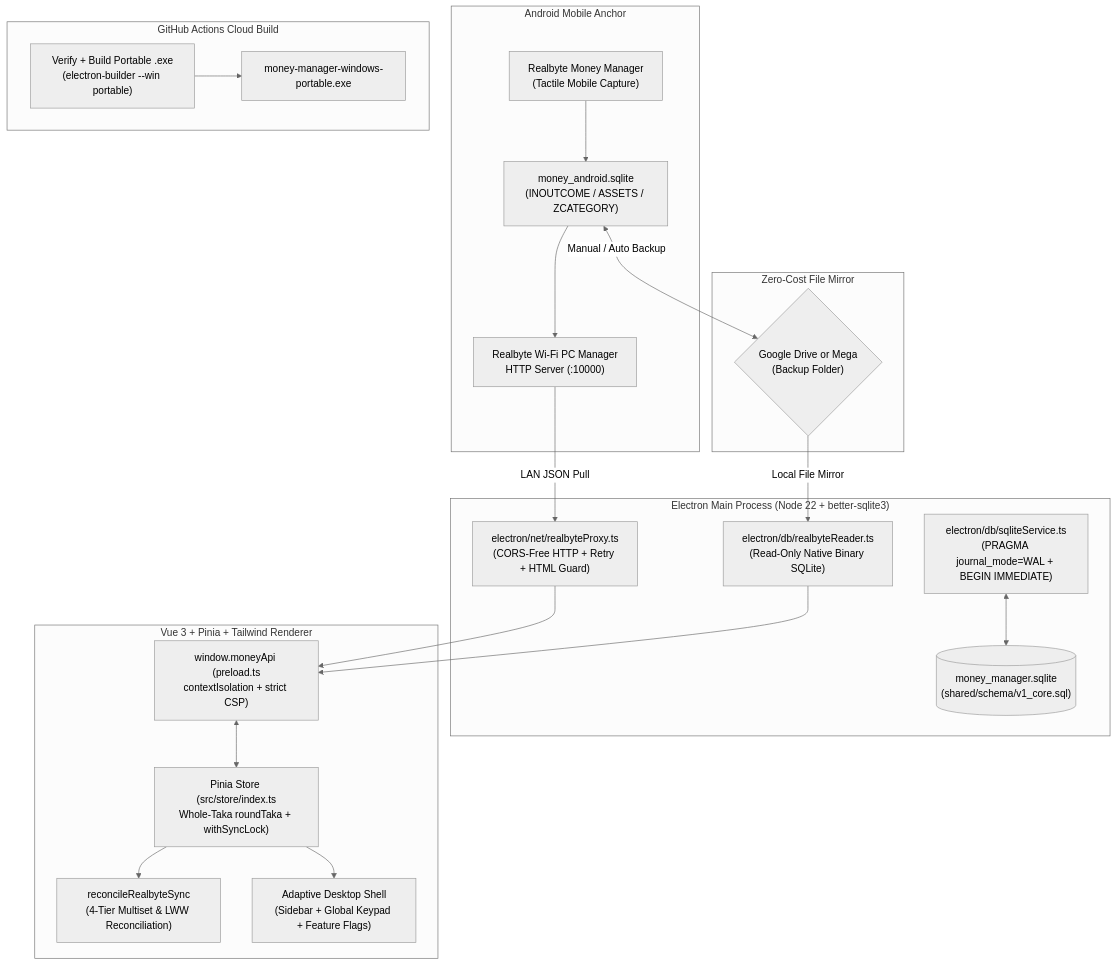
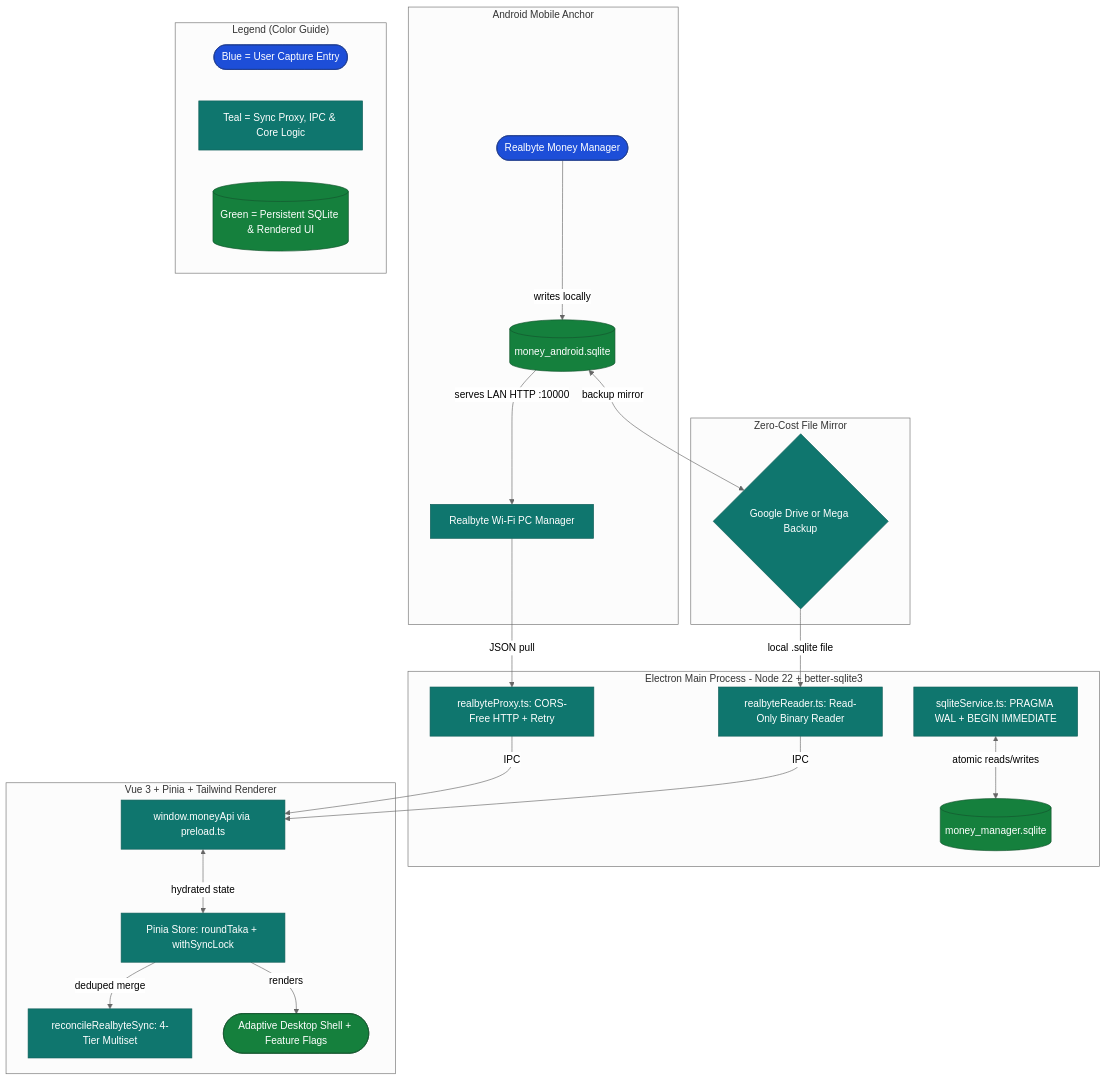
One commit to Mostakim2005/money-manager changed the first of 2 diagrams in docs/ARCHITECTURE.md. Above: the diagram before and after it, drawn with Mermaid (neutral theme). The commit also changed other lines of this file and 6 other files, not shown here.

Commit message:
chore(release): add VISUAL_LOG.md, upgrade color-coded Mermaid docs, and prepare v0.3.0 Electron portable release

````diff
--- a/docs/ARCHITECTURE.md
+++ b/docs/ARCHITECTURE.md
@@ -6,42 +7,45 @@
 ```mermaid
 flowchart TB
+    %% Color Definitions (Obsidian & GitHub compatible)
+    classDef startNode fill:#1d4ed8,stroke:#1e3a8a,color:#ffffff
+    classDef processNode fill:#0f766e,stroke:#115e59,color:#ffffff
+    classDef outputNode fill:#15803d,stroke:#14532d,color:#ffffff
+
     subgraph Mobile["Android Mobile Anchor"]
-        RealbyteApp["Realbyte Money Manager\n(Tactile Mobile Capture)"]
-        MobileSQLite["money_android.sqlite\n(INOUTCOME / ASSETS / ZCATEGORY)"]
-        WifiServer["Realbyte Wi-Fi PC Manager\nHTTP Server (:10000)"]
-        RealbyteApp --> MobileSQLite
-        MobileSQLite --> WifiServer
+        RealbyteApp(["Realbyte Money Manager"]):::startNode -->|writes locally| MobileSQLite[("money_android.sqlite")]:::outputNode
+        MobileSQLite -->|serves LAN HTTP :10000| WifiServer["Realbyte Wi-Fi PC Manager"]:::processNode
     end
 
     subgraph CloudSync["Zero-Cost File Mirror"]
-        DriveSync{"Google Drive or Mega\n(Backup Folder)"}
-        MobileSQLite <-->|Manual / Auto Backup| DriveSync
+        DriveSync{"Google Drive or Mega Backup"}:::processNode
+        MobileSQLite <-->|backup mirror| DriveSync
     end
 
-    subgraph ElectronMain["Electron Main Process (Node 22 + better-sqlite3)"]
-        Proxy["electron/net/realbyteProxy.ts\n(CORS-Free HTTP + Retry + HTML Guard)"]
-        BinaryReader["electron/db/realbyteReader.ts\n(Read-Only Native Binary SQLite)"]
-        WalDb["electron/db/sqliteService.ts\n(PRAGMA journal_mode=WAL + BEGIN IMMEDIATE)"]
-        LocalDb[("money_manager.sqlite\n(shared/schema/v1_core.sql)")]
-        WifiServer -->|LAN JSON Pull| Proxy
-        DriveSync -->|Local File Mirror| BinaryReader
-        WalDb <--> LocalDb
+    subgraph ElectronMain["Electron Main Process - Node 22 + better-sqlite3"]
+        Proxy["realbyteProxy.ts: CORS-Free HTTP + Retry"]:::processNode
+        BinaryReader["realbyteReader.ts: Read-Only Binary Reader"]:::processNode
+        WalDb["sqliteService.ts: PRAGMA WAL + BEGIN IMMEDIATE"]:::processNode
+        LocalDb[("money_manager.sqlite")]:::outputNode
+        WifiServer -->|JSON pull| Proxy
+        DriveSync -->|local .sqlite file| BinaryReader
+        WalDb <-->|atomic reads/writes| LocalDb
     end
 
     subgraph Renderer["Vue 3 + Pinia + Tailwind Renderer"]
-        Bridge["window.moneyApi (preload.ts\ncontextIsolation + strict CSP)"]
-        Store["Pinia Store (src/store/index.ts\nWhole-Taka roundTaka + withSyncLock)"]
-        Reconciler["reconcileRealbyteSync\n(4-Tier Multiset & LWW Reconciliation)"]
-        UI["Adaptive Desktop Shell\n(Sidebar + Global Keypad + Feature Flags)"]
-        Proxy --> Bridge
-        BinaryReader --> Bridge
-        Bridge <--> Store
-        Store --> Reconciler
-        Store --> UI
+        Bridge["window.moneyApi via preload.ts"]:::processNode
+        Store["Pinia Store: roundTaka + withSyncLock"]:::processNode
+        Reconciler["reconcileRealbyteSync: 4-Tier Multiset"]:::processNode
+        UI(["Adaptive Desktop Shell + Feature Flags"]):::outputNode
+        Proxy -->|IPC| Bridge
+        BinaryReader -->|IPC| Bridge
+        Bridge <-->|hydrated state| Store
+        Store -->|deduped merge| Reconciler
+        Store -->|renders| UI
     end
 
-    subgraph CI["GitHub Actions Cloud Build"]
-        Actions["Verify + Build Portable .exe\n(electron-builder --win portable)"]
-        Actions --> Release["money-manager-windows-portable.exe"]
+    subgraph Legend["Legend (Color Guide)"]
+        L1([Blue = User Capture Entry]):::startNode
+        L2[Teal = Sync Proxy, IPC & Core Logic]:::processNode
+        L3[(Green = Persistent SQLite & Rendered UI)]:::outputNode
     end
 ```
````
